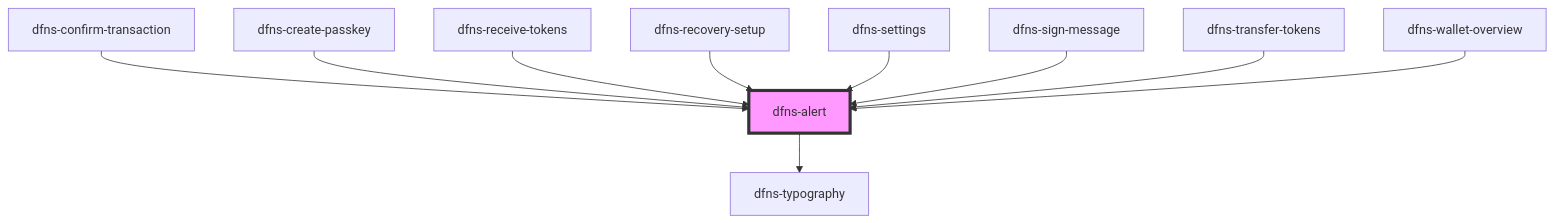
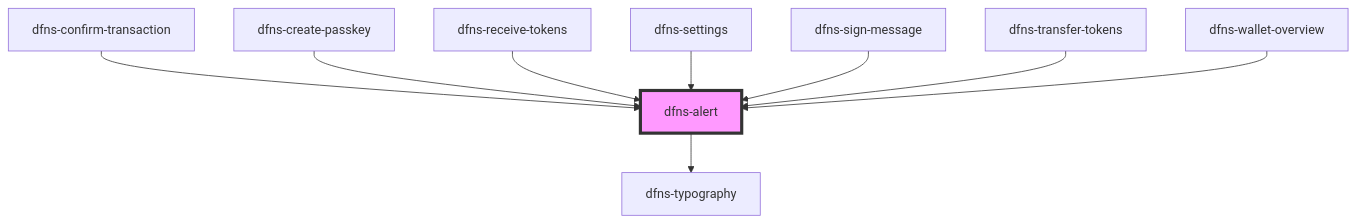
The diagram in src/components/Elements/Alerts/dfns-alert/readme.md (dfnsext/web-ui), drawn with Mermaid before and after one commit. The commit also changed other lines of this file and 12 other files, not shown here.

Commit message:
WIP - recovery-setup

````diff
--- a/src/components/Elements/Alerts/dfns-alert/readme.md
+++ b/src/components/Elements/Alerts/dfns-alert/readme.md
@@ -35,13 +34,12 @@
 ```mermaid
 graph TD;
   dfns-alert --> dfns-typography
   dfns-confirm-transaction --> dfns-alert
   dfns-create-passkey --> dfns-alert
   dfns-receive-tokens --> dfns-alert
-  dfns-recovery-setup --> dfns-alert
   dfns-settings --> dfns-alert
   dfns-sign-message --> dfns-alert
   dfns-transfer-tokens --> dfns-alert
   dfns-wallet-overview --> dfns-alert
   style dfns-alert fill:#f9f,stroke:#333,stroke-width:4px
 ```
````
